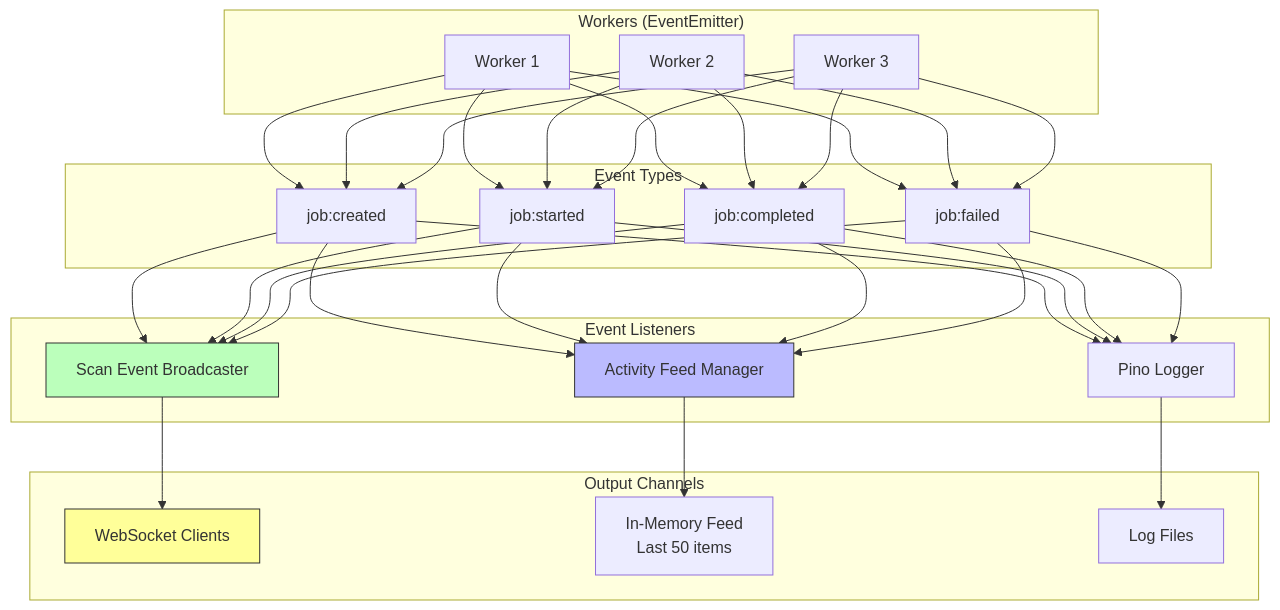
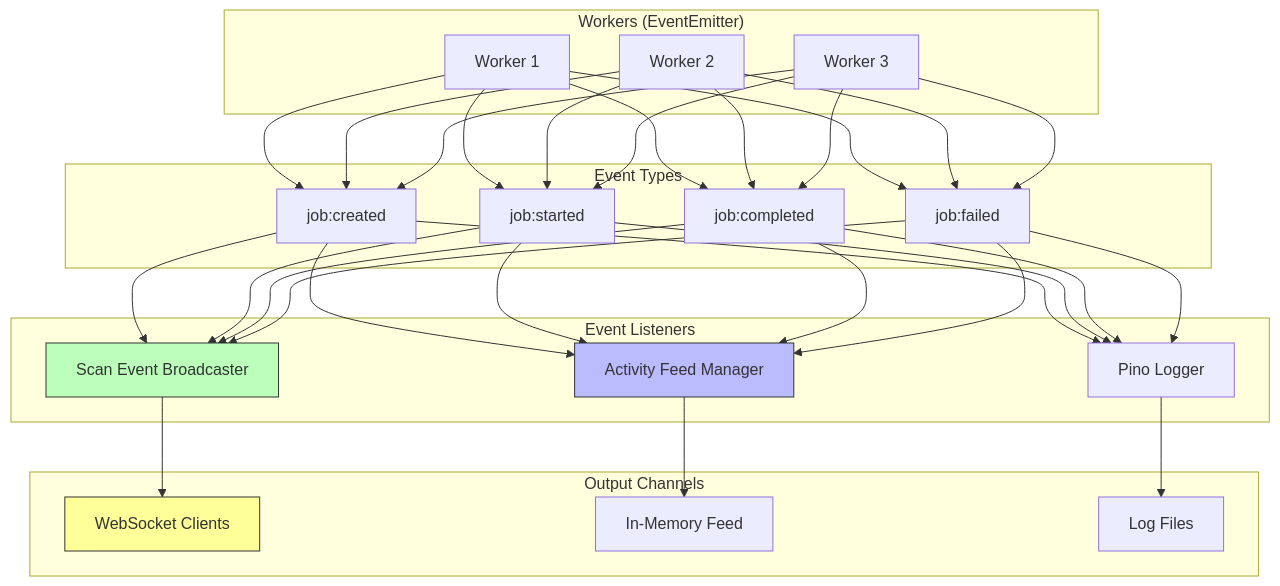
One commit to integritystudio/AlephAuto changed the tenth of 13 diagrams in docs/architecture/SYSTEM-DATA-FLOW.md. Above: the diagram before and after it, drawn with Mermaid. The commit also changed other lines of this file, not shown here.

First line of the commit message:
fix(docs): resolve Mermaid diagram syntax errors in SYSTEM-DATA-FLOW.md

````diff
--- a/docs/architecture/SYSTEM-DATA-FLOW.md
+++ b/docs/architecture/SYSTEM-DATA-FLOW.md
@@ -544,41 +544,41 @@
 ```mermaid
 flowchart TB
     subgraph Workers["Workers (EventEmitter)"]
         W1[Worker 1]
         W2[Worker 2]
         W3[Worker 3]
     end
 
     subgraph Events["Event Types"]
         Created[job:created]
         Started[job:started]
         Completed[job:completed]
         Failed[job:failed]
     end
 
     subgraph Listeners["Event Listeners"]
         AF[Activity Feed Manager]
         SEB[Scan Event Broadcaster]
         Logger[Pino Logger]
     end
 
     subgraph Output["Output Channels"]
         WS[WebSocket Clients]
-        Memory[In-Memory Feed<br/>Last 50 items]
+        Memory["In-Memory Feed"]
         Logs[Log Files]
     end
 
     W1 & W2 & W3 --> Created & Started & Completed & Failed
 
     Created & Started & Completed & Failed --> AF
     Created & Started & Completed & Failed --> SEB
     Created & Started & Completed & Failed --> Logger
 
     AF --> Memory
     SEB --> WS
     Logger --> Logs
 
     style AF fill:#bbf,stroke:#333
     style SEB fill:#bfb,stroke:#333
     style WS fill:#ff9,stroke:#333
 ```
````
